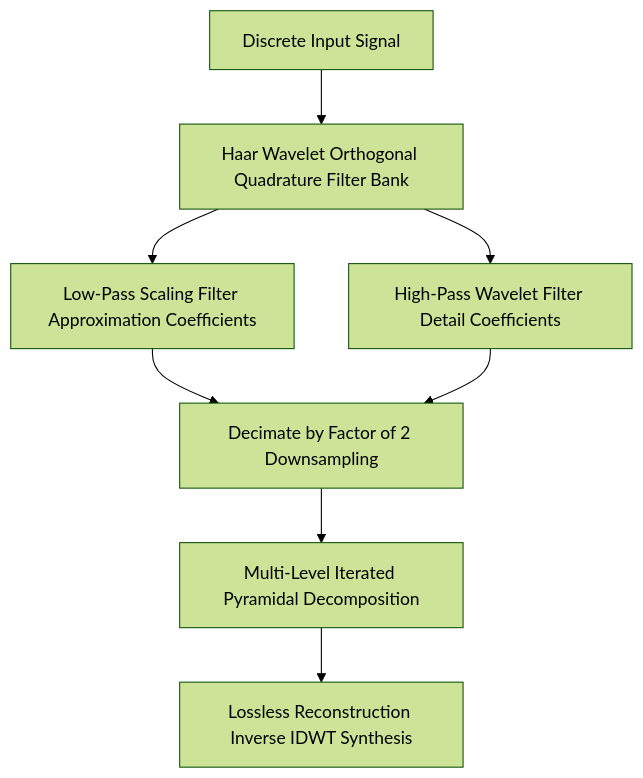
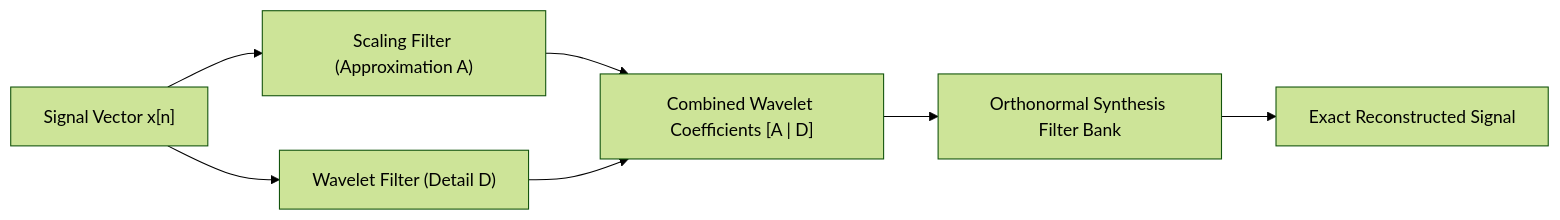
Before and after one commit to alphaparkinc/genpark-discrete-wavelet-transform-haar-daubechies-skill: the diagram in README.md, drawn with Mermaid (forest theme). The commit also changed other lines of this file, not shown here.

````diff
--- a/README.md
+++ b/README.md
@@ -15,10 +5,9 @@
 ```mermaid
-graph TD
-    A[Discrete Input Signal] --> B[Haar Wavelet Orthogonal Quadrature Filter Bank]
-    B --> C[Low-Pass Scaling Filter Approximation Coefficients]
-    B --> D[High-Pass Wavelet Filter Detail Coefficients]
-    C --> E[Decimate by Factor of 2 Downsampling]
-    D --> E
-    E --> F[Multi-Level Iterated Pyramidal Decomposition]
-    F --> G[Lossless Reconstruction Inverse IDWT Synthesis]
+flowchart LR
+    Signal["Signal Vector x[n]"] --> LowPass["Scaling Filter (Approximation A)"]
+    Signal --> HighPass["Wavelet Filter (Detail D)"]
+    LowPass --> Coeffs["Combined Wavelet Coefficients [A | D]"]
+    HighPass --> Coeffs
+    Coeffs --> Synthesis["Orthonormal Synthesis Filter Bank"]
+    Synthesis --> Reconstructed["Exact Reconstructed Signal"]
 ```
````
